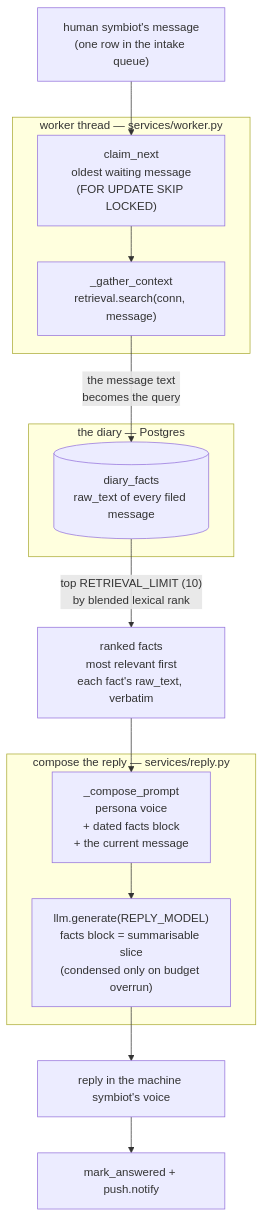
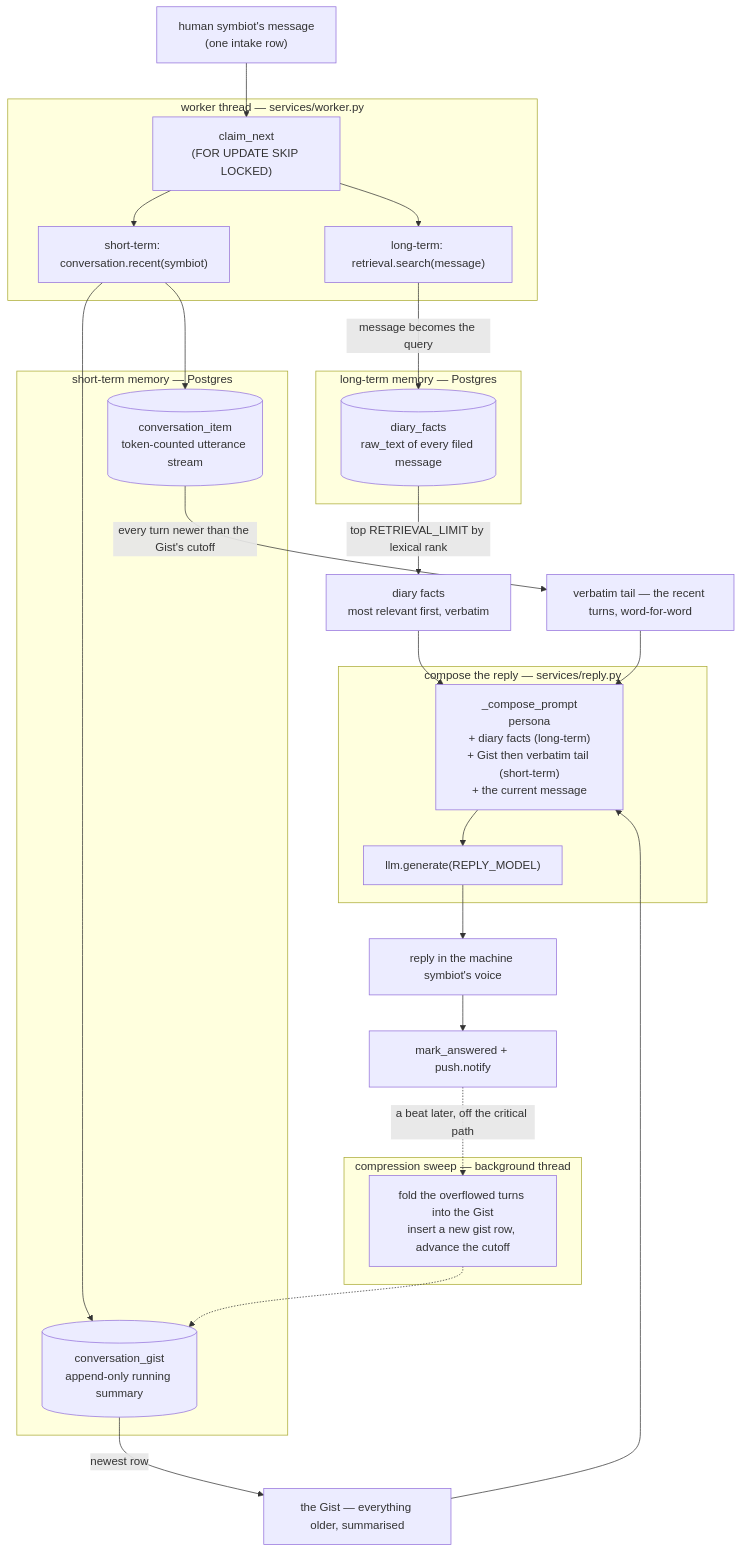
The first of 3 diagrams in doc/context-engineering.md (the-joy-com/kernel.os-joy.com), drawn with Mermaid before and after one commit. The commit also changed other lines of this file and 15 other files, not shown here.

First line of the commit message:
Add short-term conversational memory and backfill functionality

````diff
--- a/doc/context-engineering.md
+++ b/doc/context-engineering.md
@@ -7,24 +16,43 @@
 ```mermaid
 flowchart TD
-    msg["human symbiot's message<br/>(one row in the intake queue)"] --> claim
+    msg["human symbiot's message<br/>(one intake row)"] --> claim
 
     subgraph worker["worker thread — services/worker.py"]
-        claim["claim_next<br/>oldest waiting message<br/>(FOR UPDATE SKIP LOCKED)"] --> gather["_gather_context<br/>retrieval.search(conn, message)"]
+        claim["claim_next<br/>(FOR UPDATE SKIP LOCKED)"] --> gatherD["long-term: retrieval.search(message)"]
+        claim --> gatherC["short-term: conversation.recent(symbiot)"]
     end
 
-    subgraph diary["the diary — Postgres"]
+    subgraph longterm["long-term memory — Postgres"]
         facts[("diary_facts<br/>raw_text of every filed message")]
     end
 
-    gather -- "the message text<br/>becomes the query" --> facts
-    facts -- "top RETRIEVAL_LIMIT (10)<br/>by blended lexical rank" --> ranked["ranked facts<br/>most relevant first<br/>each fact's raw_text, verbatim"]
+    subgraph shortterm["short-term memory — Postgres"]
+        gist[("conversation_gist<br/>append-only running summary")]
+        items[("conversation_item<br/>token-counted utterance stream")]
+    end
 
-    ranked --> compose
+    gatherD -- "message becomes the query" --> facts
+    facts -- "top RETRIEVAL_LIMIT by lexical rank" --> rankedD["diary facts<br/>most relevant first, verbatim"]
+
+    gatherC --> gist
+    gatherC --> items
+    gist -- "newest row" --> gistLatest["the Gist — everything older, summarised"]
+    items -- "every turn newer than the Gist's cutoff" --> tail["verbatim tail — the recent turns, word-for-word"]
+
+    rankedD --> compose
+    gistLatest --> compose
+    tail --> compose
 
     subgraph reply["compose the reply — services/reply.py"]
-        compose["_compose_prompt<br/>persona voice<br/>+ dated facts block<br/>+ the current message"] --> gen["llm.generate(REPLY_MODEL)<br/>facts block = summarisable slice<br/>(condensed only on budget overrun)"]
+        compose["_compose_prompt<br/>persona<br/>+ diary facts (long-term)<br/>+ Gist then verbatim tail (short-term)<br/>+ the current message"] --> gen["llm.generate(REPLY_MODEL)"]
     end
 
     gen --> answer["reply in the machine symbiot's voice"]
     answer --> record["mark_answered + push.notify"]
+
+    record -.->|"a beat later, off the critical path"| sweep
+    subgraph bg["compression sweep — background thread"]
+        sweep["fold the overflowed turns into the Gist<br/>insert a new gist row, advance the cutoff"]
+    end
+    sweep -.-> gist
 ```
````
